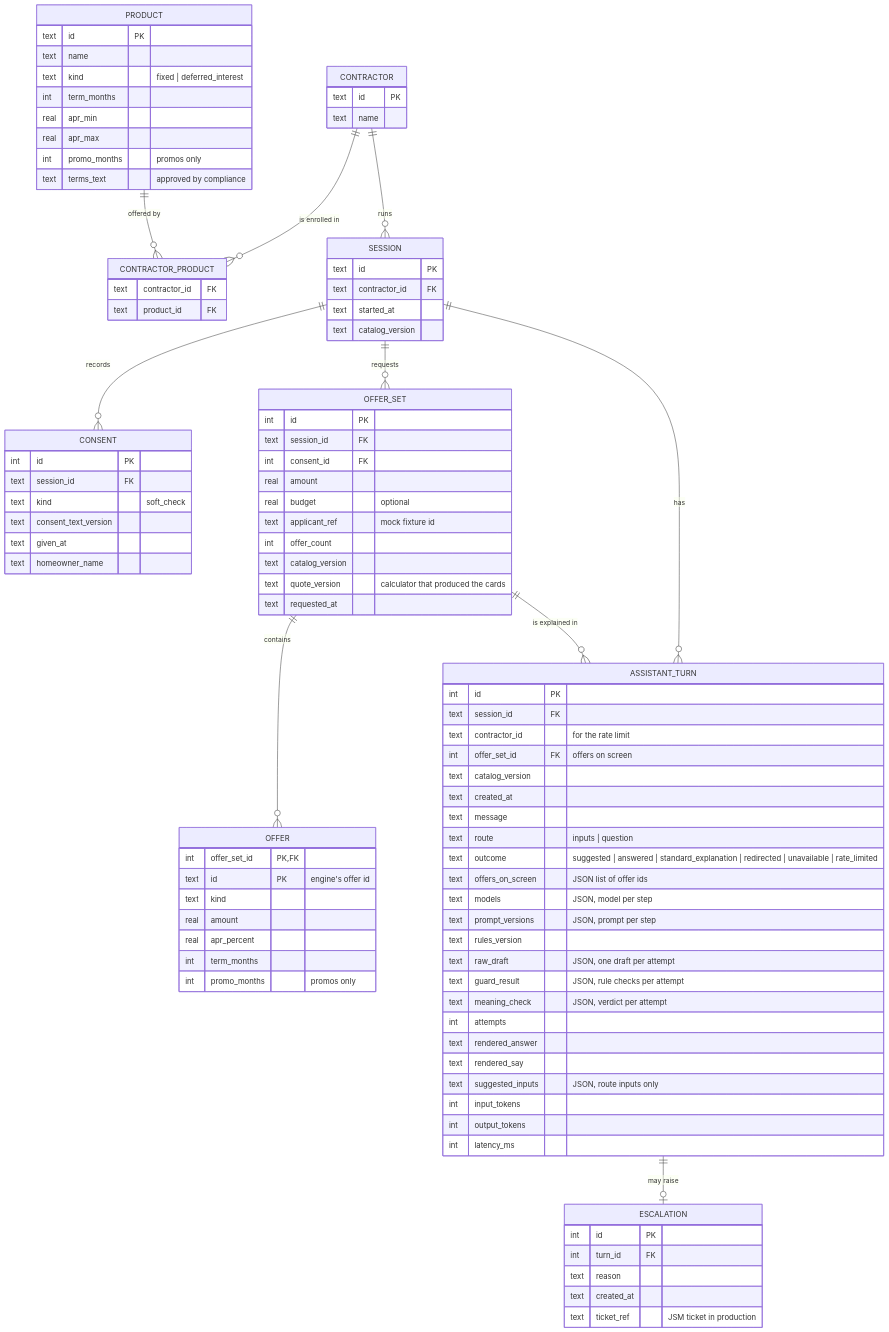
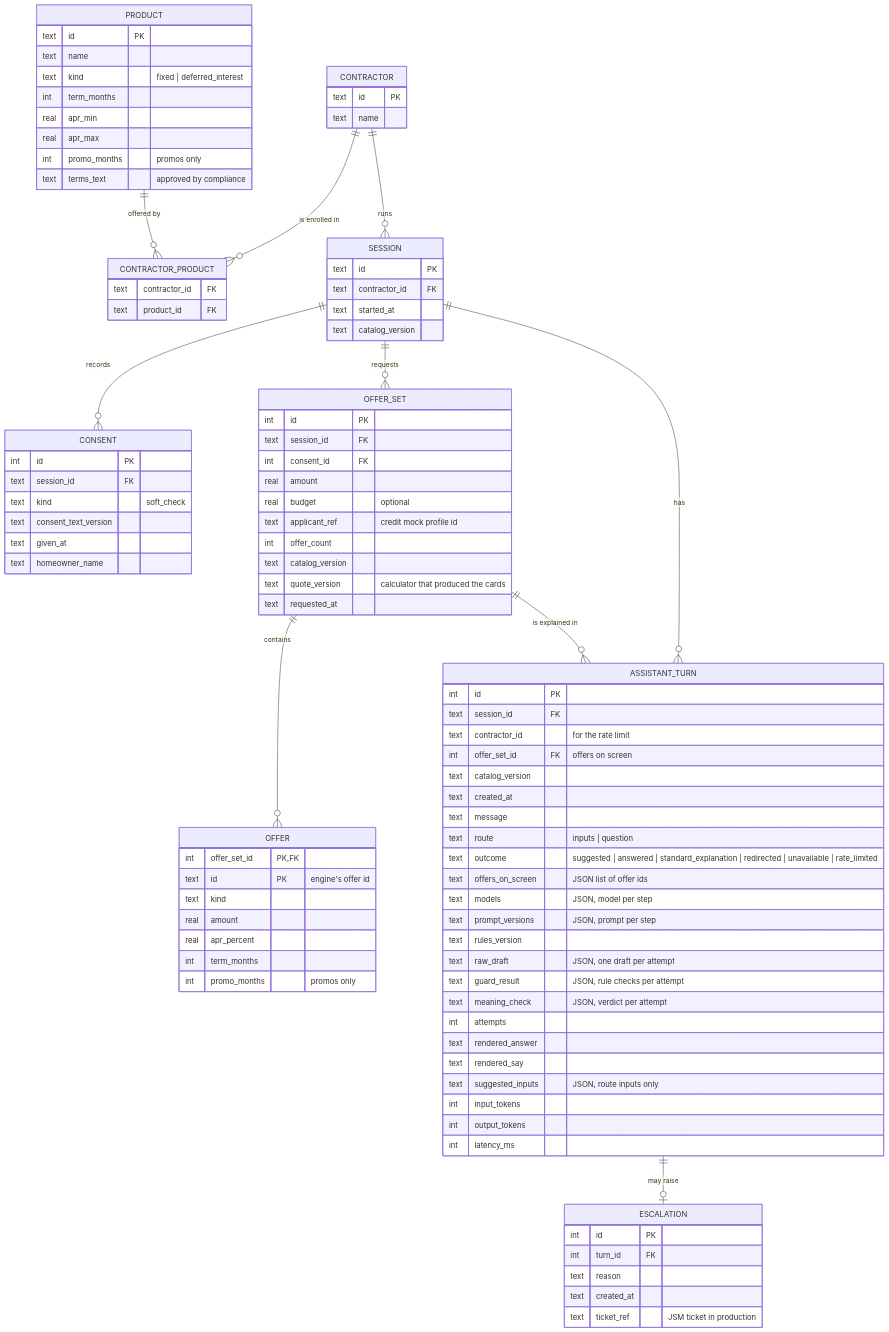
Before and after one commit to debudash/loanapp-contractorassist: the diagram in docs/data-model.md, drawn with Mermaid. The commit also changed other lines of this file and 6 other files, not shown here.

```diff
--- a/docs/data-model.md
+++ b/docs/data-model.md
@@ -59,7 +59,7 @@
     int consent_id FK
     real amount
     real budget "optional"
-    text applicant_ref "mock fixture id"
+    text applicant_ref "credit mock profile id"
     int offer_count
     text catalog_version
     text quote_version "calculator that produced the cards"
```
